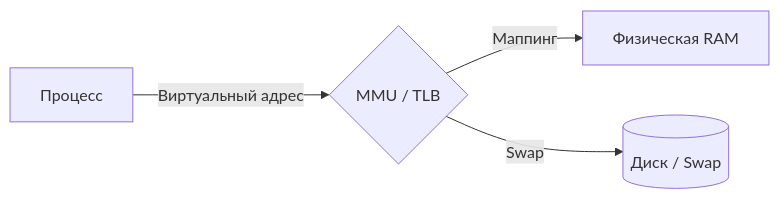
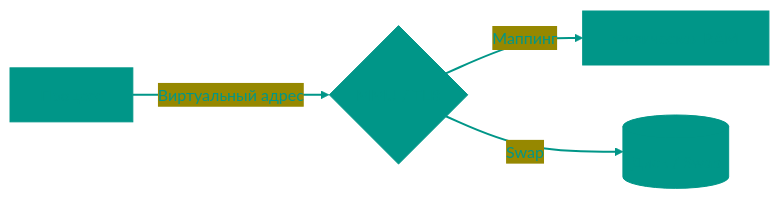
One commit to IBraveMonkey/data_structure-algorithms changed the diagram in rus/информатика(теория)/04_linux/3.memory_Management.md. Above: the diagram before and after it, drawn with Mermaid. The commit also changed other lines of this file and 772 other files, not shown here.

````diff
--- a/rus/информатика(теория)/04_linux/3.memory_Management.md
+++ b/rus/информатика(теория)/04_linux/3.memory_Management.md
@@ -25,6 +27,15 @@
 ```mermaid
+%%{init: { 'theme': 'base', 'themeVariables': { 'lineColor': '#009688', 'primaryColor': '#009688', 'primaryTextColor': '#009688', 'attributeBkg': '#009688', 'attributeTextColor': '#009688', 'signalColor': '#009688', 'actorLineColor': '#009688', 'nodeBorder': '#009688', 'clusterBorder': '#009688', 'textColor': '#009688', 'fontSize': '16px' } } }%%
 graph LR
     Proc[Процесс] -- Виртуальный адрес --> MMU{MMU / TLB}
     MMU -- Маппинг --> RAM[Физическая RAM]
     MMU -- Swap --> Disk[(Диск / Swap)]
+    linkStyle default stroke:#009688,stroke-width:2px;
+
+
+
+
+
+
+
 ```
````
